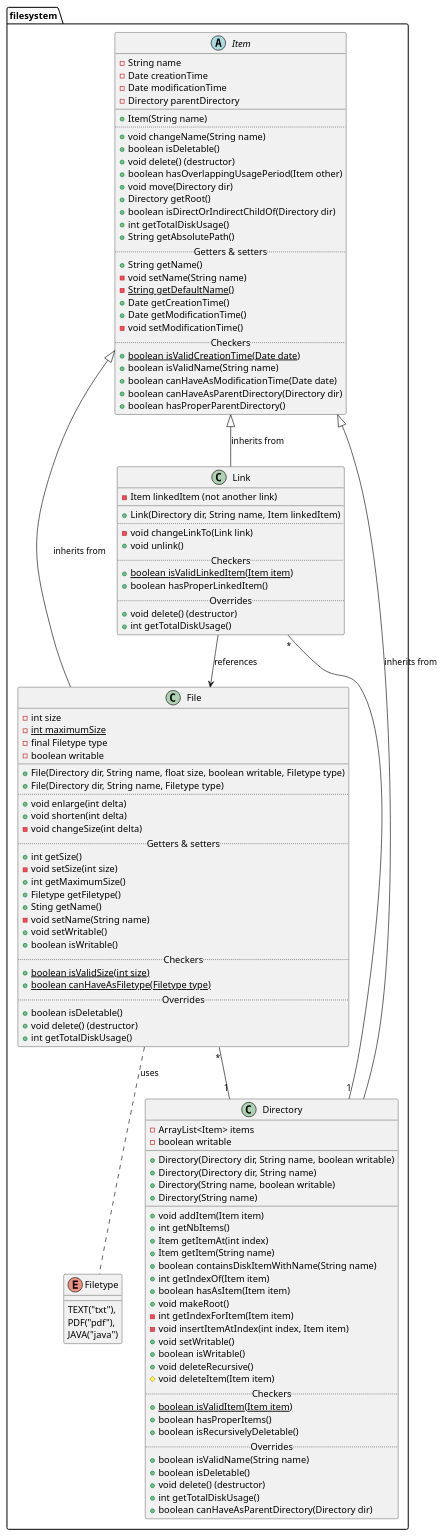
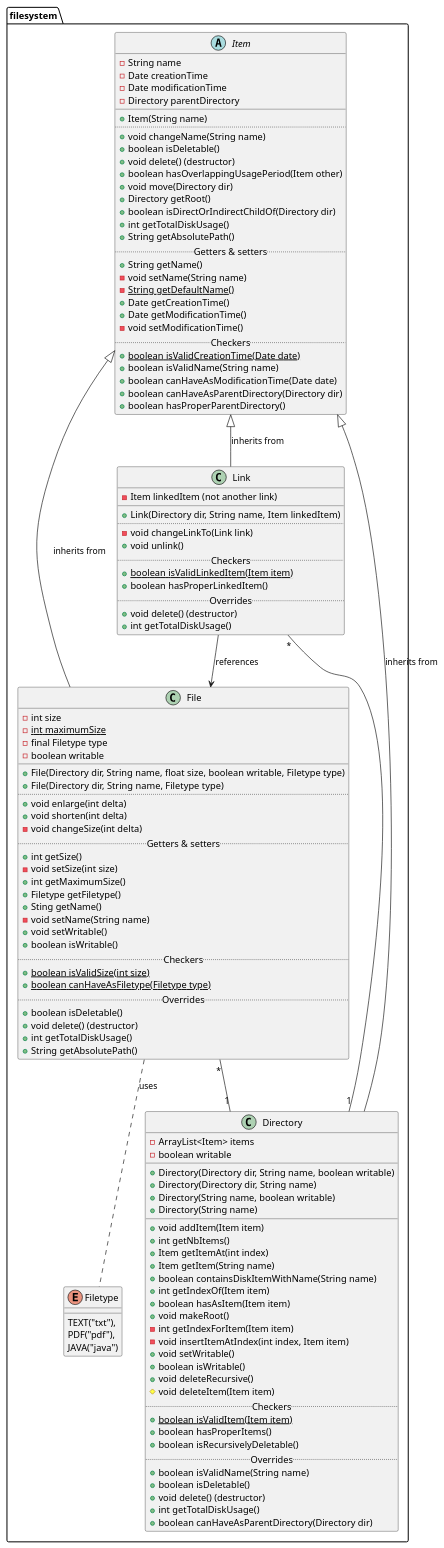
The diagram in class-diagram/classdiagram.puml (vanschependom/KULAK_ogp-practicum2), drawn with PlantUML before and after one commit. The commit also changed 3 other files, not shown here.

Commit message:
Added extension-printing to getAbsolutePath

```diff
--- a/class-diagram/classdiagram.puml
+++ b/class-diagram/classdiagram.puml
@@ -1,135 +1,136 @@
 @startuml
 
 package filesystem {
 
 abstract Item {
     - String name
     - Date creationTime
     - Date modificationTime
     - Directory parentDirectory
 __
     + Item(String name)
 ..
     + void changeName(String name)
     + boolean isDeletable()
     + void delete() (destructor)
     + boolean hasOverlappingUsagePeriod(Item other)
     + void move(Directory dir)
     + Directory getRoot()
     + boolean isDirectOrIndirectChildOf(Directory dir)
     + int getTotalDiskUsage()
     + String getAbsolutePath()
 ..Getters & setters..
     + String getName()
     - void setName(String name)
     - {static} String getDefaultName()
     + Date getCreationTime()
     + Date getModificationTime()
     - void setModificationTime()
 ..Checkers..
     + {static} boolean isValidCreationTime(Date date)
     + boolean isValidName(String name)
     + boolean canHaveAsModificationTime(Date date)
     + boolean canHaveAsParentDirectory(Directory dir)
     + boolean hasProperParentDirectory()
 }
 
 class File {
     - int size
     - {static} int maximumSize
     - final Filetype type
     - boolean writable
 __
     + File(Directory dir, String name, float size, boolean writable, Filetype type)
     + File(Directory dir, String name, Filetype type)
 ..
     + void enlarge(int delta)
     + void shorten(int delta)
     - void changeSize(int delta)
 ..Getters & setters..
     + int getSize()
     - void setSize(int size)
     + int getMaximumSize()
     + Filetype getFiletype()
     + Sting getName()
     - void setName(String name)
     + void setWritable()
     + boolean isWritable()
 ..Checkers..
     + {static} boolean isValidSize(int size)
     + {static} boolean canHaveAsFiletype(Filetype type)
 ..Overrides..
     + boolean isDeletable()
     + void delete() (destructor)
     + int getTotalDiskUsage()
+    + String getAbsolutePath()
 }
 
 enum Filetype {
     TEXT("txt"),
     PDF("pdf"),
     JAVA("java")
 }
 
 class Directory {
     - ArrayList<Item> items
     - boolean writable
 __
     + Directory(Directory dir, String name, boolean writable)
     + Directory(Directory dir, String name)
     + Directory(String name, boolean writable)
     + Directory(String name)
 __
     + void addItem(Item item)
     + int getNbItems()
     + Item getItemAt(int index)
     + Item getItem(String name)
     + boolean containsDiskItemWithName(String name)
     + int getIndexOf(Item item)
     + boolean hasAsItem(Item item)
     + void makeRoot()
     - int getIndexForItem(Item item)
     - void insertItemAtIndex(int index, Item item)
     + void setWritable()
     + boolean isWritable()
     + void deleteRecursive()
     # void deleteItem(Item item)
 ..Checkers..
     + {static} boolean isValidItem(Item item)
     + boolean hasProperItems()
     + boolean isRecursivelyDeletable()
 .. Overrides ..
     + boolean isValidName(String name)
     + boolean isDeletable()
     + void delete() (destructor)
     + int getTotalDiskUsage()
     + boolean canHaveAsParentDirectory(Directory dir)
 }
 
 class Link {
     - Item linkedItem (not another link)
 __
     + Link(Directory dir, String name, Item linkedItem)
 ..
     - void changeLinkTo(Link link)
     + void unlink()
 ..Checkers..
     + {static} boolean isValidLinkedItem(Item item)
     + boolean hasProperLinkedItem()
 ..Overrides..
     + void delete() (destructor)
     + int getTotalDiskUsage()
 }
 
 Item <|-- Link: inherits from
 Item <|-- File: inherits from
 Item <|-- Directory: inherits from
 
 File .. Filetype: uses
 
 Link --> File: references
 Link "*" -- "1" Directory
 File "*" -- "1" Directory
 
 }
 
 @enduml
```
